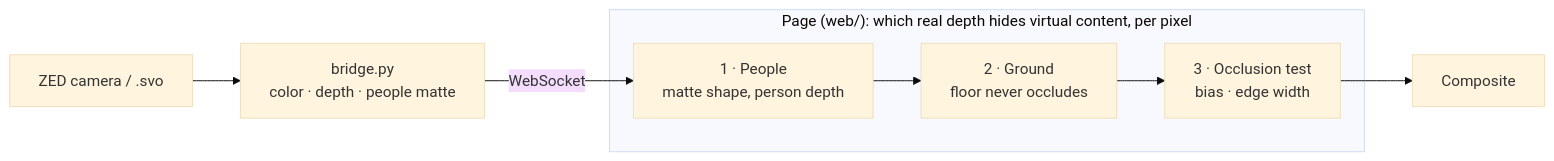
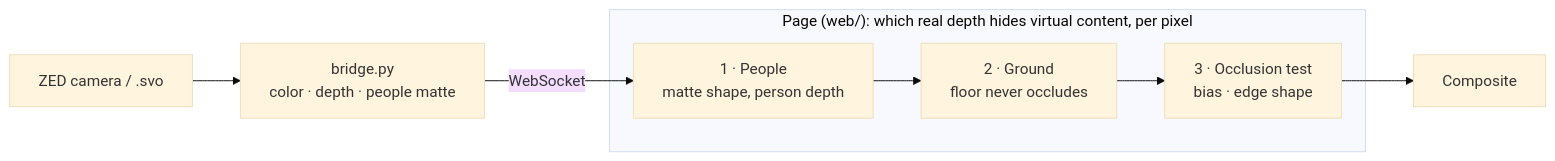
One commit to TheoGil/zed-threejs-prototype changed the diagram in README.md. Above: the diagram before and after it, drawn with Mermaid (base theme). The commit also changed other lines of this file and 1 other file, not shown here.

First line of the commit message:
Replace edge width with edge shape and softness in the occlusion test

````diff
--- a/README.md
+++ b/README.md
@@ -9,10 +9,10 @@
 ```mermaid
 flowchart LR
   zed["ZED camera / .svo"] --> bridge["bridge.py<br/>color · depth · people matte"]
   bridge -- "WebSocket" --> people
   subgraph page["Page (web/): which real depth hides virtual content, per pixel"]
     people["1 · People<br/>matte shape, person depth"] --> ground["2 · Ground<br/>floor never occludes"]
-    ground --> test["3 · Occlusion test<br/>bias · edge width"]
+    ground --> test["3 · Occlusion test<br/>bias · edge shape"]
   end
   test --> out["Composite"]
 ```
````
